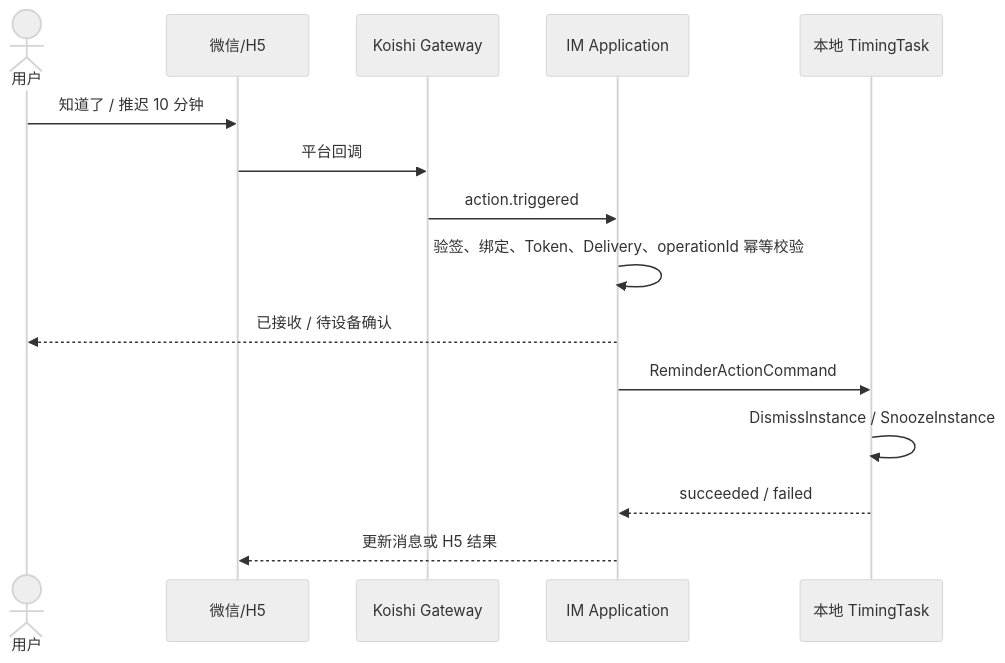
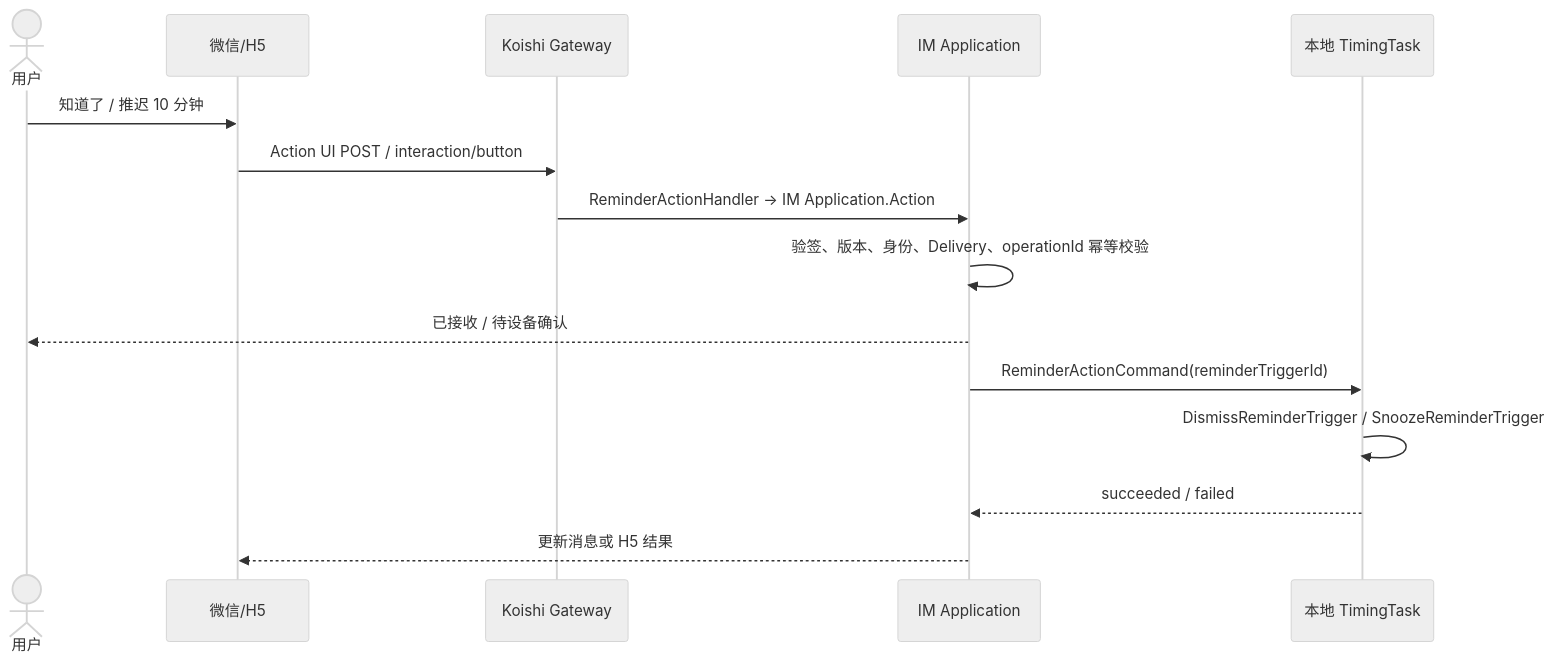
One commit to 1024XEngineer/VoiceLife changed the third of 5 diagrams in docs/整体架构设计format.md. Above: the diagram before and after it, drawn with Mermaid (neutral theme). The commit also changed other lines of this file, not shown here.

First line of the commit message:
docs(arch): align VoiceLife architecture with module designs

````diff
--- a/docs/整体架构设计format.md
+++ b/docs/整体架构设计format.md
@@ -136,18 +138,18 @@
 ```mermaid
 sequenceDiagram
   actor User as 用户
   participant WX as 微信/H5
   participant K as Koishi Gateway
   participant IM as IM Application
   participant T as 本地 TimingTask
 
   User->>WX: 知道了 / 推迟 10 分钟
-  WX->>K: 平台回调
-  K->>IM: action.triggered
-  IM->>IM: 验签、绑定、Token、Delivery、operationId 幂等校验
+  WX->>K: Action UI POST / interaction/button
+  K->>IM: ReminderActionHandler → IM Application.Action
+  IM->>IM: 验签、版本、身份、Delivery、operationId 幂等校验
   IM-->>User: 已接收 / 待设备确认
-  IM->>T: ReminderActionCommand
-  T->>T: DismissInstance / SnoozeInstance
+  IM->>T: ReminderActionCommand(reminderTriggerId)
+  T->>T: DismissReminderTrigger / SnoozeReminderTrigger
   T-->>IM: succeeded / failed
   IM-->>WX: 更新消息或 H5 结果
 ```
````
